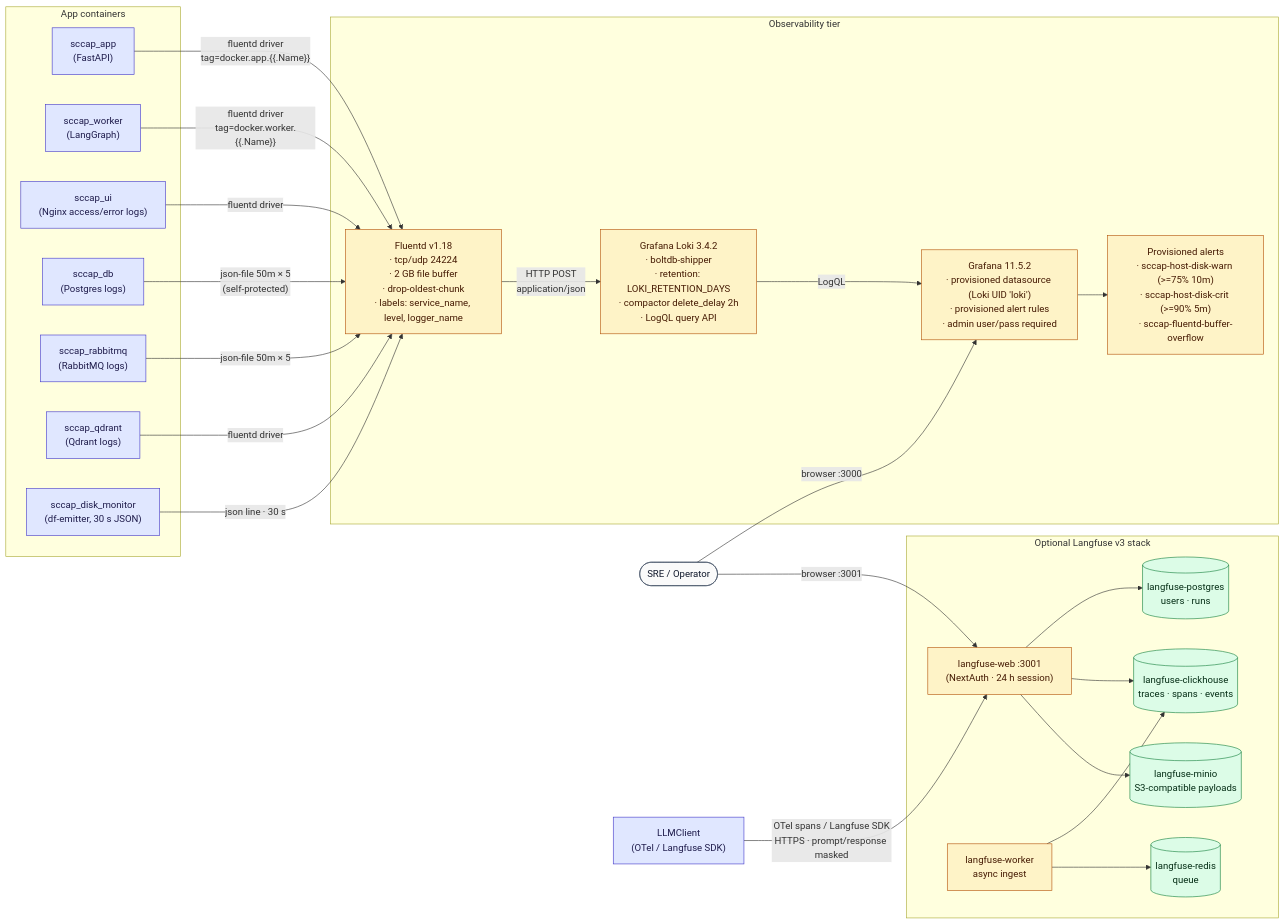
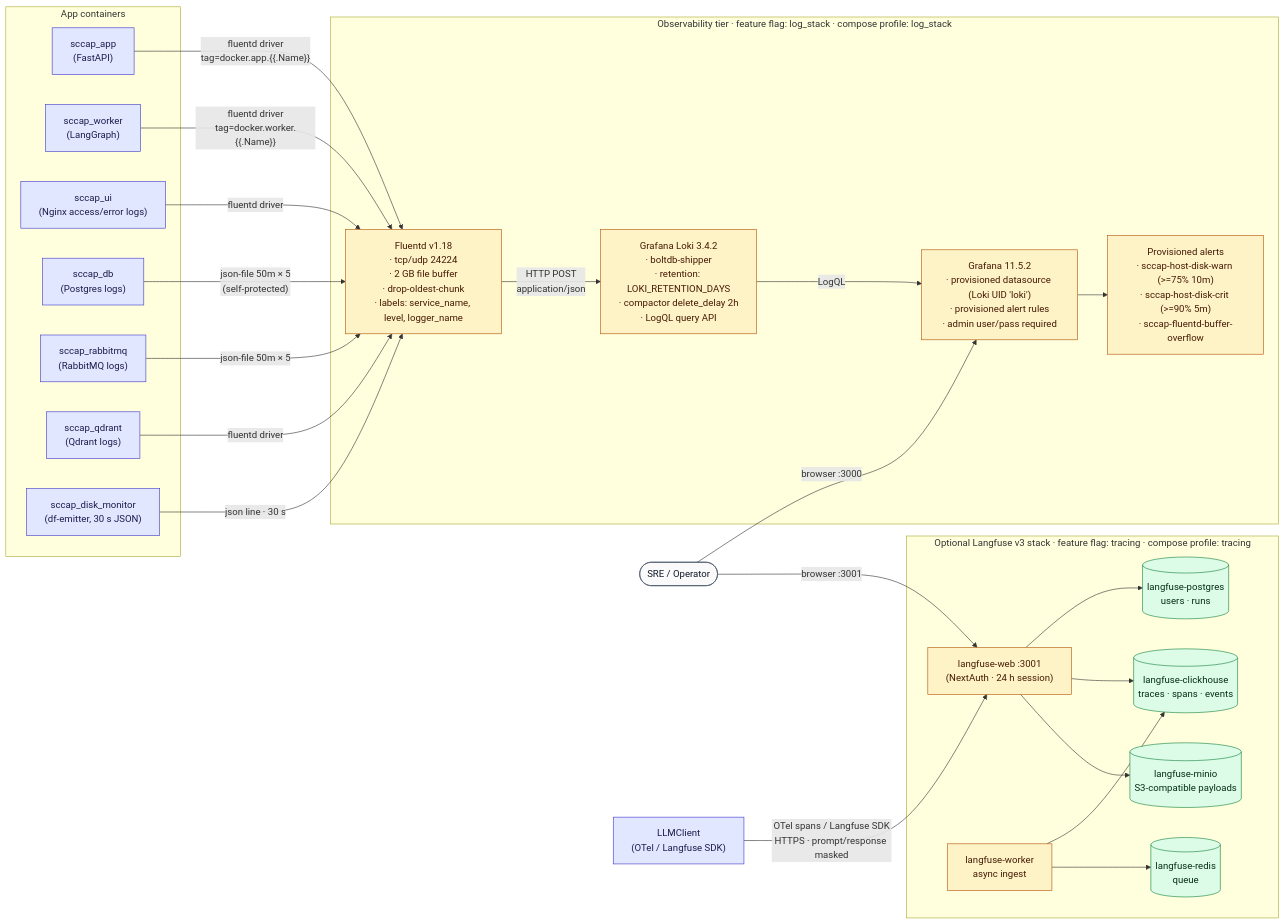
Before and after one commit to nerdy-krishna/ai-secure-coding-compliance-platform: the first of 2 diagrams in docs/docs/architecture/diagrams/10-observability-audit.md, drawn with Mermaid. The commit also changed other lines of this file and 4 other files, not shown here.

First line of the commit message:
docs: redraw LangGraph worker node graph + feature-gating annotations

````diff
--- a/docs/docs/architecture/diagrams/10-observability-audit.md
+++ b/docs/docs/architecture/diagrams/10-observability-audit.md
@@ -13,56 +13,56 @@
 ```mermaid
 flowchart LR
     subgraph App["App containers"]
       A1["sccap_app<br/>(FastAPI)"]:::app
       A2["sccap_worker<br/>(LangGraph)"]:::app
       A3["sccap_ui<br/>(Nginx access/error logs)"]:::app
       A4["sccap_db<br/>(Postgres logs)"]:::app
       A5["sccap_rabbitmq<br/>(RabbitMQ logs)"]:::app
       A6["sccap_qdrant<br/>(Qdrant logs)"]:::app
       A7["sccap_disk_monitor<br/>(df-emitter, 30 s JSON)"]:::app
     end
 
-    subgraph Stack["Observability tier"]
+    subgraph Stack["Observability tier · feature flag: log_stack · compose profile: log_stack"]
       FD["Fluentd v1.18<br/>· tcp/udp 24224<br/>· 2 GB file buffer<br/>· drop-oldest-chunk<br/>· labels: service_name, level, logger_name"]:::obs
       Loki["Grafana Loki 3.4.2<br/>· boltdb-shipper<br/>· retention: LOKI_RETENTION_DAYS<br/>· compactor delete_delay 2h<br/>· LogQL query API"]:::obs
       Graf["Grafana 11.5.2<br/>· provisioned datasource (Loki UID 'loki')<br/>· provisioned alert rules<br/>· admin user/pass required"]:::obs
       Alerts["Provisioned alerts<br/>· sccap-host-disk-warn (>=75% 10m)<br/>· sccap-host-disk-crit (>=90% 5m)<br/>· sccap-fluentd-buffer-overflow"]:::obs
     end
 
-    subgraph LF["Optional Langfuse v3 stack"]
+    subgraph LF["Optional Langfuse v3 stack · feature flag: tracing · compose profile: tracing"]
       LFP[("langfuse-postgres<br/>users · runs")]:::data
       LFC[("langfuse-clickhouse<br/>traces · spans · events")]:::data
       LFR[("langfuse-redis<br/>queue")]:::data
       LFM[("langfuse-minio<br/>S3-compatible payloads")]:::data
       LFW["langfuse-web :3001<br/>(NextAuth · 24 h session)"]:::obs
       LFK["langfuse-worker<br/>async ingest"]:::obs
     end
 
     Op([SRE / Operator]):::actor
     SDK["LLMClient<br/>(OTel / Langfuse SDK)"]:::app
 
     A1 -- "fluentd driver<br/>tag=docker.app.{{.Name}}" --> FD
     A2 -- "fluentd driver<br/>tag=docker.worker.{{.Name}}" --> FD
     A3 -- "fluentd driver" --> FD
     A4 -- "json-file 50m × 5<br/>(self-protected)" --> FD
     A5 -- "json-file 50m × 5" --> FD
     A6 -- "fluentd driver" --> FD
     A7 -- "json line · 30 s" --> FD
     FD -- "HTTP POST<br/>application/json" --> Loki
     Loki -- "LogQL" --> Graf
     Graf --> Alerts
     Op -- "browser :3000" --> Graf
 
     SDK -- "OTel spans / Langfuse SDK<br/>HTTPS · prompt/response masked" --> LFW
     LFW --> LFP
     LFW --> LFC
     LFW --> LFM
     LFK --> LFC
     LFK --> LFR
     Op -- "browser :3001" --> LFW
 
     classDef actor fill:#fafafa,stroke:#475569,color:#0f172a;
     classDef app   fill:#e0e7ff,stroke:#4338ca,color:#1e1b4b;
     classDef obs   fill:#fef3c7,stroke:#b45309,color:#451a03;
     classDef data  fill:#dcfce7,stroke:#15803d,color:#052e16;
 ```
````
